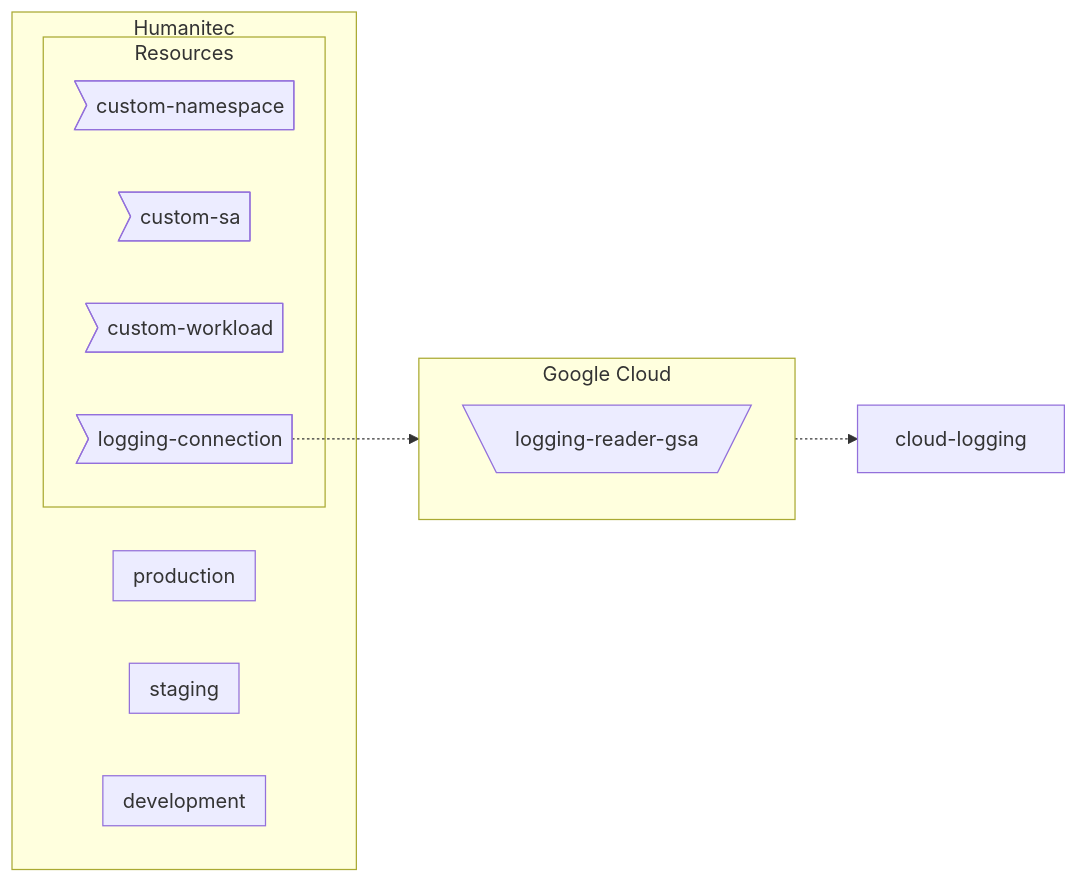
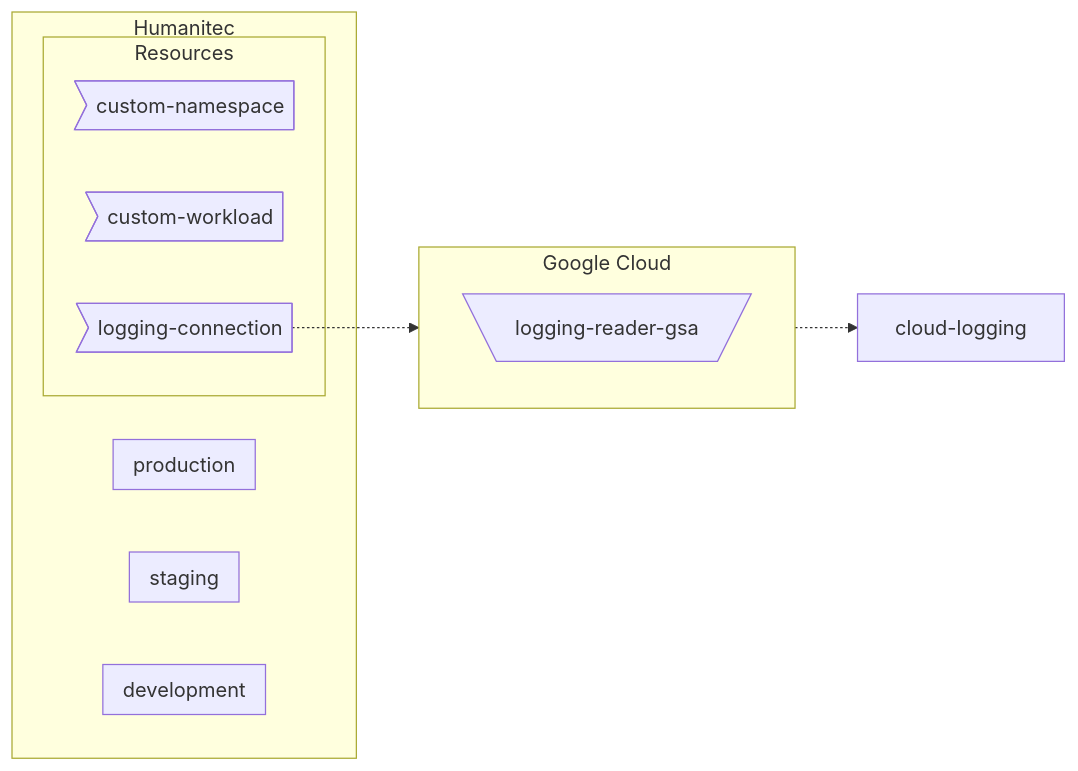
One commit to mathieu-benoit/hello-humanitec changed the diagram in docs/common-setup.md. Above: the diagram before and after it, drawn with Mermaid.

````diff
--- a/docs/common-setup.md
+++ b/docs/common-setup.md
@@ -3,23 +3,22 @@
 ```mermaid
 flowchart LR
   subgraph Humanitec
     subgraph development
     end
     subgraph staging
     end
     subgraph production
     end
     subgraph Resources
         custom-namespace>custom-namespace]
-        custom-sa>custom-sa]
         custom-workload>custom-workload]
 	logging-connection>logging-connection]
     end
   end
   subgraph Google Cloud
     direction TB
     logging-reader-gsa[\logging-reader-gsa/]
   end
   logging-connection-.->logging-reader-gsa
   logging-reader-gsa-.->cloud-logging
 ```
````
